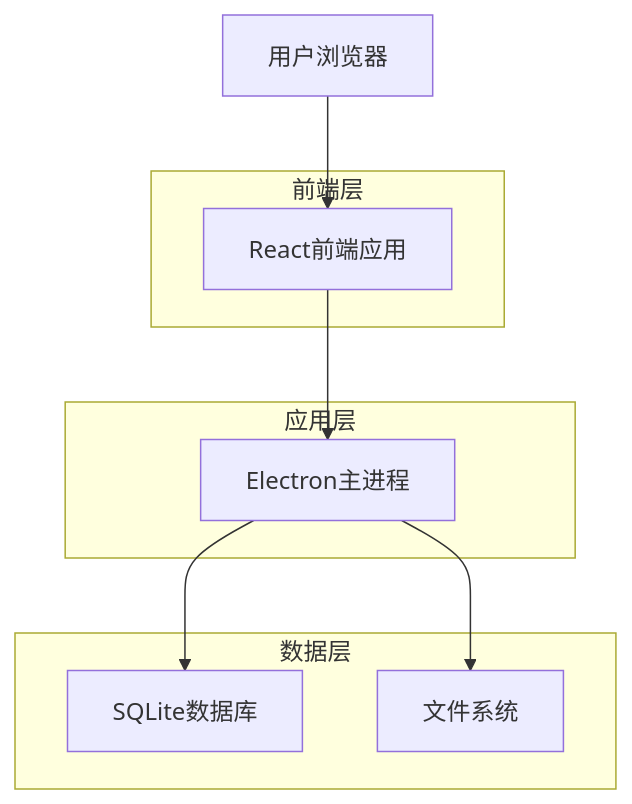
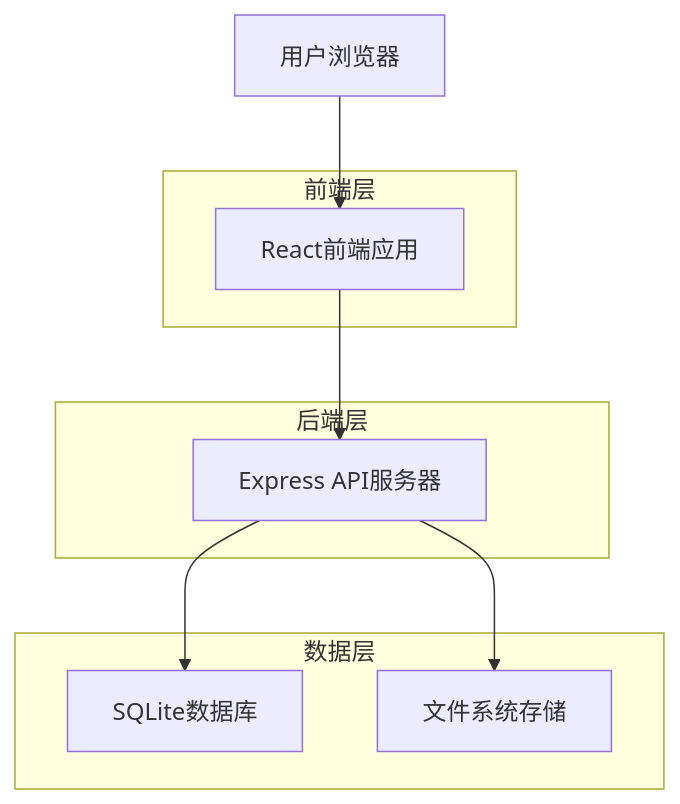
One commit to keveinliu/kokkos changed the first of 4 diagrams in .trae/documents/芥子博客技术架构文档.md. Above: the diagram before and after it, drawn with Mermaid. The commit also changed other lines of this file and 19 other files, not shown here.

````diff
--- a/.trae/documents/芥子博客技术架构文档.md
+++ b/.trae/documents/芥子博客技术架构文档.md
@@ -5,20 +7,20 @@
 ```mermaid
 graph TD
     A[用户浏览器] --> B[React前端应用]
-    B --> C[Electron主进程]
+    B --> C[Express API服务器]
     C --> D[SQLite数据库]
-    C --> E[文件系统]
+    C --> E[文件系统存储]
     
     subgraph "前端层"
         B
     end
     
-    subgraph "应用层"
+    subgraph "后端层"
         C
     end
     
     subgraph "数据层"
         D
         E
     end
 ```
````
